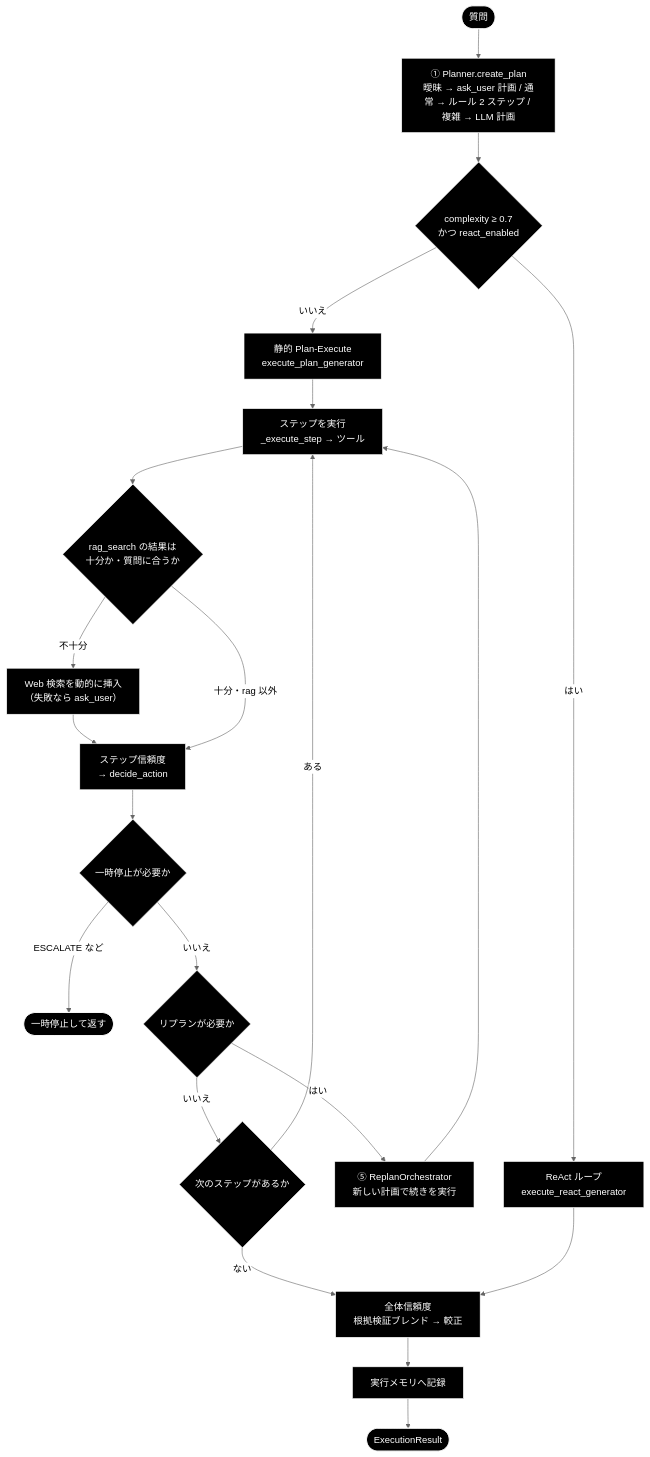
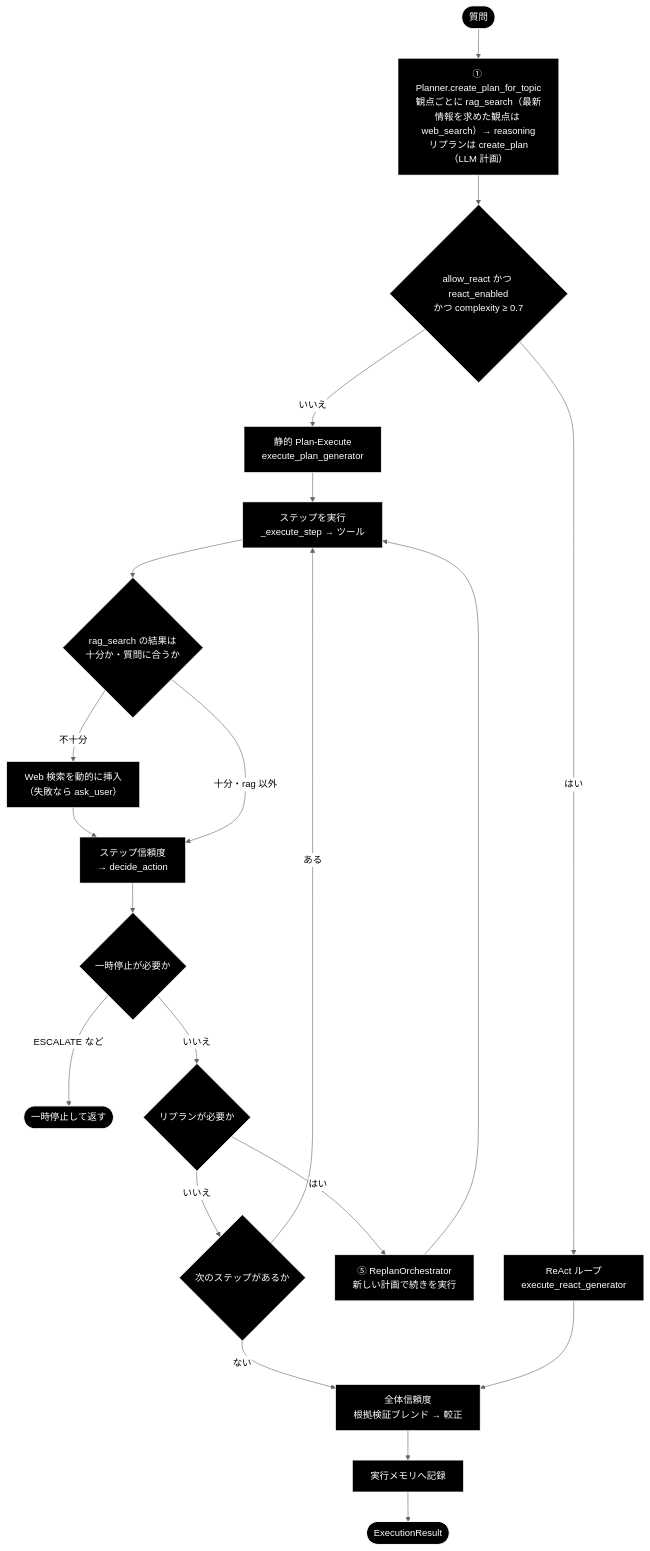
The second of 3 diagrams in grace/docs/grace_process_flow.md (nakashima2toshio/grace_v2), drawn with Mermaid (neutral theme) before and after one commit. The commit also changed other lines of this file and 25 other files, not shown here.

````diff
--- a/grace/docs/grace_process_flow.md
+++ b/grace/docs/grace_process_flow.md
@@ -111,38 +111,38 @@
 ```mermaid
 flowchart TB
     Q(["質問"])
-    PLAN["① Planner.create_plan<br>曖昧 → ask_user 計画 / 通常 → ルール 2 ステップ / 複雑 → LLM 計画"]
-    DISP{"complexity ≥ 0.7<br>かつ react_enabled"}
+    PLAN["① Planner.create_plan_for_topic<br>観点ごとに rag_search（最新情報を求めた観点は web_search）→ reasoning<br>リプランは create_plan（LLM 計画）"]
+    DISP{"allow_react かつ react_enabled<br>かつ complexity ≥ 0.7"}
     REACT["ReAct ループ<br>execute_react_generator"]
     STATIC["静的 Plan-Execute<br>execute_plan_generator"]
     STEP["ステップを実行<br>_execute_step → ツール"]
     DYN{"rag_search の結果は<br>十分か・質問に合うか"}
     WEBS["Web 検索を動的に挿入<br>（失敗なら ask_user）"]
     CONF["ステップ信頼度<br>→ decide_action"]
     PAUSE{"一時停止が必要か"}
     STOP(["一時停止して返す"])
     REP{"リプランが必要か"}
     NEWPLAN["⑤ ReplanOrchestrator<br>新しい計画で続きを実行"]
     NEXT{"次のステップがあるか"}
     OVERALL["全体信頼度<br>根拠検証ブレンド → 較正"]
     MEMW["実行メモリへ記録"]
     RES(["ExecutionResult"])
     Q --> PLAN --> DISP
     DISP -- "はい" --> REACT
     DISP -- "いいえ" --> STATIC
     STATIC --> STEP --> DYN
     DYN -- "不十分" --> WEBS --> CONF
     DYN -- "十分・rag 以外" --> CONF
     CONF --> PAUSE
     PAUSE -- "ESCALATE など" --> STOP
     PAUSE -- "いいえ" --> REP
     REP -- "はい" --> NEWPLAN --> STEP
     REP -- "いいえ" --> NEXT
     NEXT -- "ある" --> STEP
     NEXT -- "ない" --> OVERALL
     REACT --> OVERALL
     OVERALL --> MEMW --> RES
 classDef default fill:#000,stroke:#fff,color:#fff
 classDef subgraphStyle fill:#1a1a1a,stroke:#fff,color:#fff
 class Q,PLAN,DISP,REACT,STATIC,STEP,DYN,WEBS,CONF,PAUSE,STOP,REP,NEWPLAN,NEXT,OVERALL,MEMW,RES default
 ```
````
